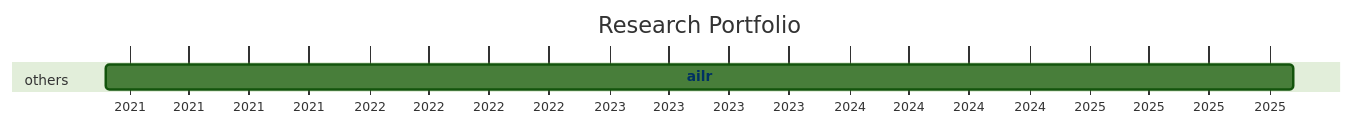
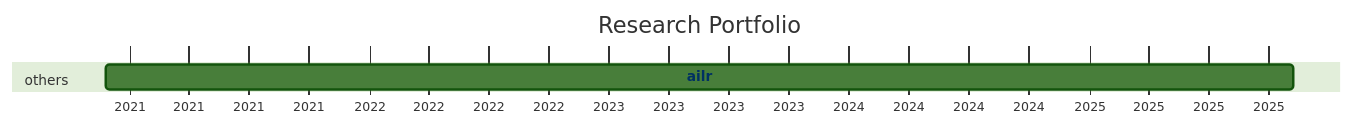
The diagram in docs/20-research/25-projects-gantt.md (digital-work-lab/handbook), drawn with Mermaid (forest theme) before and after one commit.

Commit message:
Update repository overview

````diff
--- a/docs/20-research/25-projects-gantt.md
+++ b/docs/20-research/25-projects-gantt.md
@@ -8,21 +8,21 @@
 ```mermaid
 ---
 displayMode: compact
 ---
 gantt
 title Research Portfolio
 dateFormat YYYY-MM-DD
 axisFormat %Y
 
     section work_practices
 
     section distributed_organizing
 
     section knowledge_synthesis
 
     section others
-        ailr :ailr, 2020-11-26, 2025-11-07
+        ailr :ailr, 2020-11-26, 2025-11-08
 
 
     click ailr href "{{ site.baseurl }}/docs/10-lab/18-resources/ailr.html"
 ```
````
